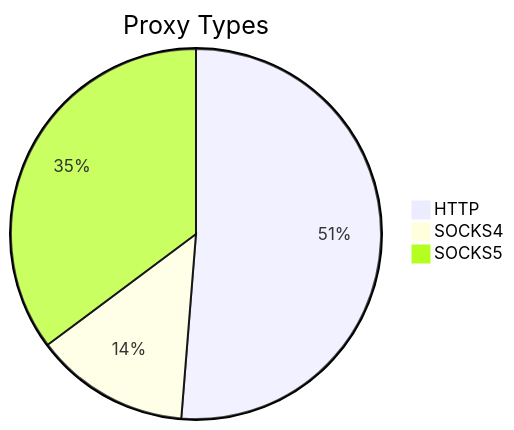
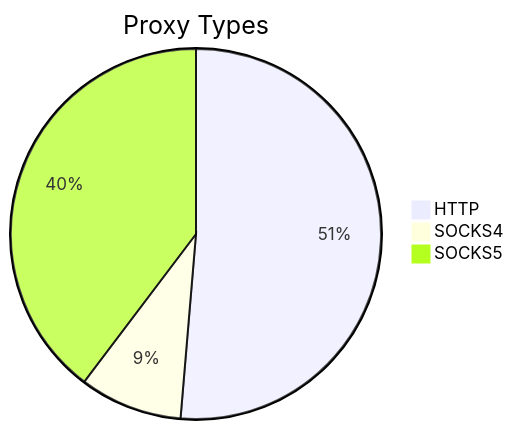
One commit to stormsia/proxy-list changed the first of 2 diagrams in README.md. Above: the diagram before and after it, drawn with Mermaid. The commit also changed other lines of this file, not shown here.

````diff
--- a/README.md
+++ b/README.md
@@ -21,6 +21,6 @@
 ```mermaid
 pie title Proxy Types
-    "HTTP" : 364
-    "SOCKS4" : 96
-    "SOCKS5" : 250
+    "HTTP" : 366
+    "SOCKS4" : 64
+    "SOCKS5" : 283
 ```
````
